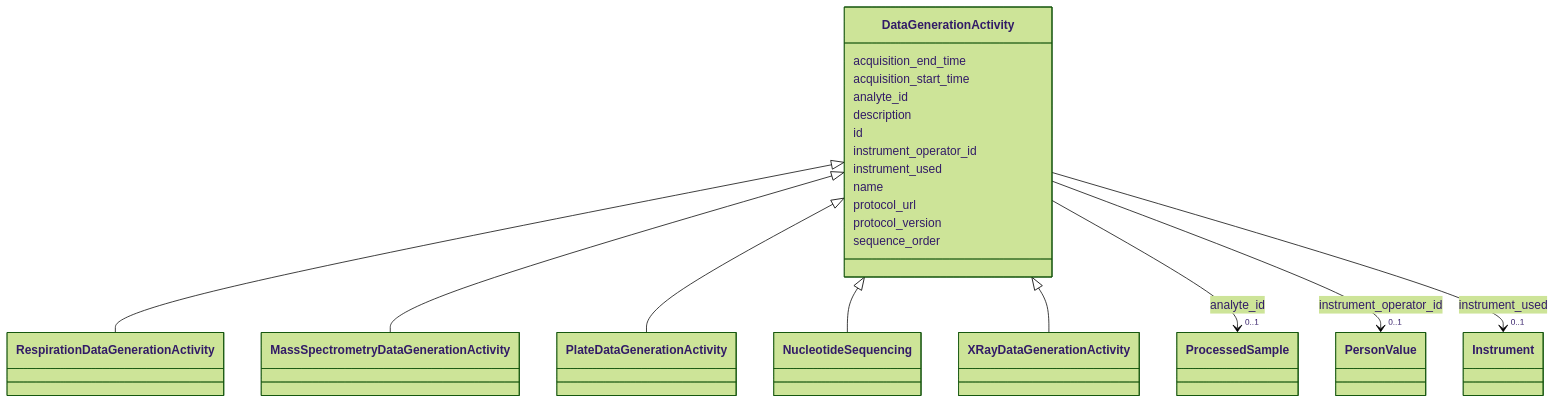
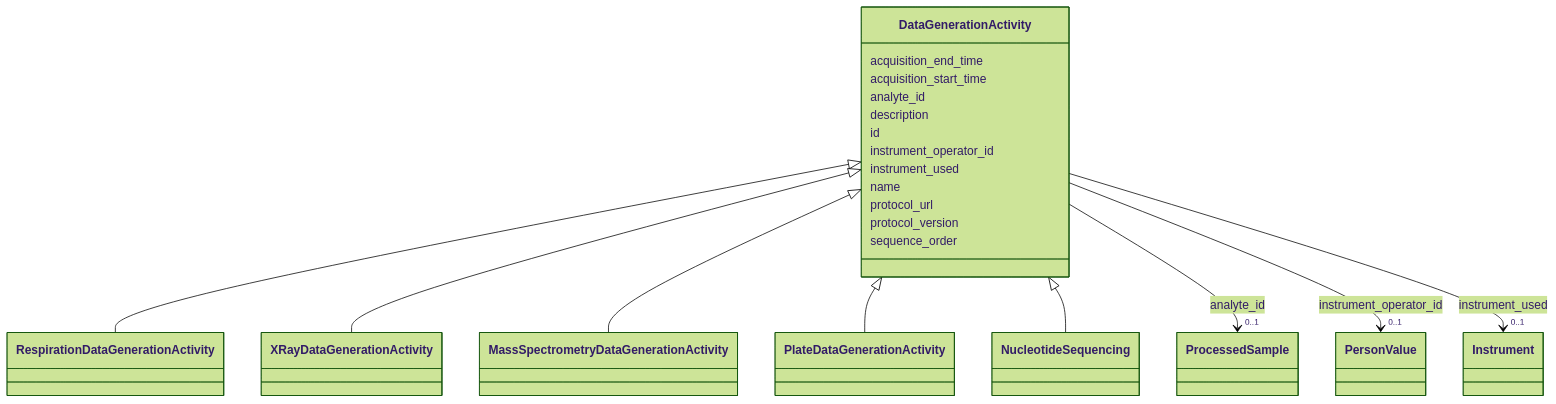
Before and after one commit to EMSL-Computing/BASALT-Schema: the diagram in docs/elements/DataGenerationActivity.md, drawn with Mermaid (forest theme). The commit also changed other lines of this file and 1019 other files, not shown here.

````diff
--- a/docs/elements/DataGenerationActivity.md
+++ b/docs/elements/DataGenerationActivity.md
@@ -16,74 +15,66 @@
 ```mermaid
  classDiagram
     class DataGenerationActivity
-    click DataGenerationActivity href "../DataGenerationActivity"
+    click DataGenerationActivity href "../DataGenerationActivity/"
       DataGenerationActivity <|-- RespirationDataGenerationActivity
-        click RespirationDataGenerationActivity href "../RespirationDataGenerationActivity"
+        click RespirationDataGenerationActivity href "../RespirationDataGenerationActivity/"
+      DataGenerationActivity <|-- XRayDataGenerationActivity
+        click XRayDataGenerationActivity href "../XRayDataGenerationActivity/"
       DataGenerationActivity <|-- MassSpectrometryDataGenerationActivity
-        click MassSpectrometryDataGenerationActivity href "../MassSpectrometryDataGenerationActivity"
+        click MassSpectrometryDataGenerationActivity href "../MassSpectrometryDataGenerationActivity/"
       DataGenerationActivity <|-- PlateDataGenerationActivity
-        click PlateDataGenerationActivity href "../PlateDataGenerationActivity"
+        click PlateDataGenerationActivity href "../PlateDataGenerationActivity/"
       DataGenerationActivity <|-- NucleotideSequencing
-        click NucleotideSequencing href "../NucleotideSequencing"
-      DataGenerationActivity <|-- XRayDataGenerationActivity
-        click XRayDataGenerationActivity href "../XRayDataGenerationActivity"
+        click NucleotideSequencing href "../NucleotideSequencing/"
       
       DataGenerationActivity : acquisition_end_time
         
       DataGenerationActivity : acquisition_start_time
         
       DataGenerationActivity : analyte_id
         
           
     
-    
-    
-    
-    DataGenerationActivity --> "0..1" ProcessedSample : analyte_id
-    click ProcessedSample href "../ProcessedSample"
+        
+        
+        DataGenerationActivity --> "0..1" ProcessedSample : analyte_id
+        click ProcessedSample href "../ProcessedSample/"
     
 
         
       DataGenerationActivity : description
         
       DataGenerationActivity : id
         
-          
-    
-    
-
-        
       DataGenerationActivity : instrument_operator_id
         
           
     
-    
-    
-    
-    DataGenerationActivity --> "0..1" PersonValue : instrument_operator_id
-    click PersonValue href "../PersonValue"
+        
+        
+        DataGenerationActivity --> "0..1" PersonValue : instrument_operator_id
+        click PersonValue href "../PersonValue/"
     
 
         
       DataGenerationActivity : instrument_used
         
           
     
-    
-    
-    
-    DataGenerationActivity --> "0..1" Instrument : instrument_used
-    click Instrument href "../Instrument"
+        
+        
+        DataGenerationActivity --> "0..1" Instrument : instrument_used
+        click Instrument href "../Instrument/"
     
 
         
       DataGenerationActivity : name
         
       DataGenerationActivity : protocol_url
         
       DataGenerationActivity : protocol_version
         
       DataGenerationActivity : sequence_order
         
       
 ```
````
